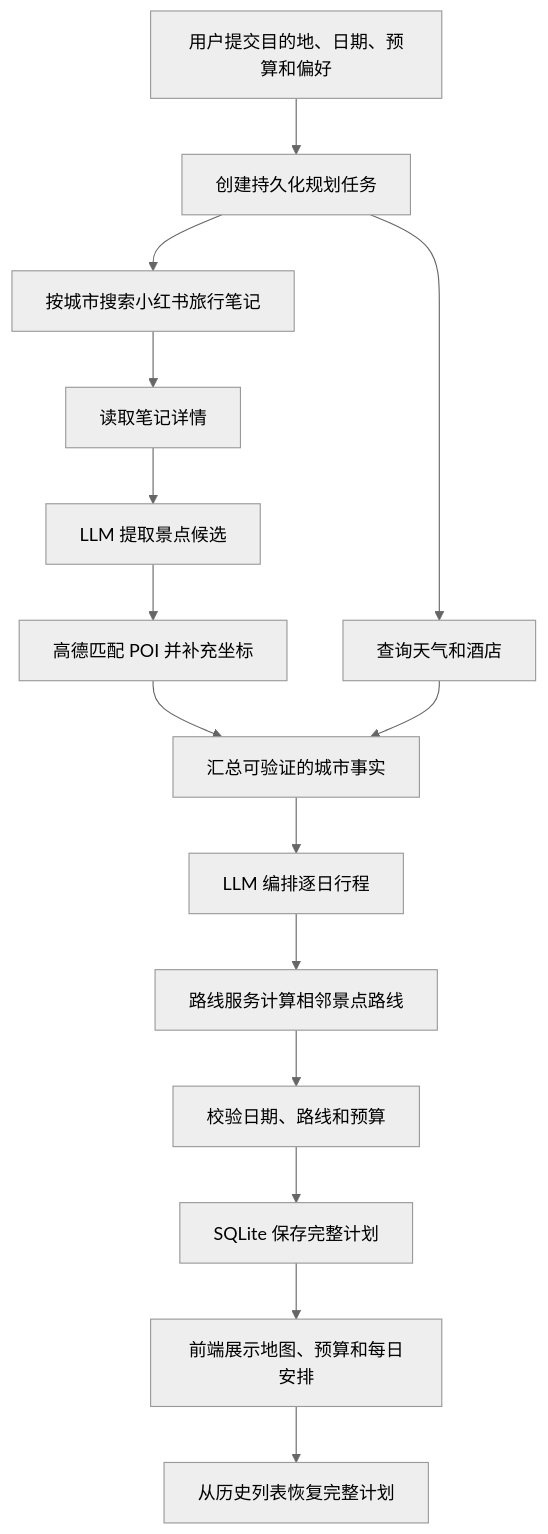
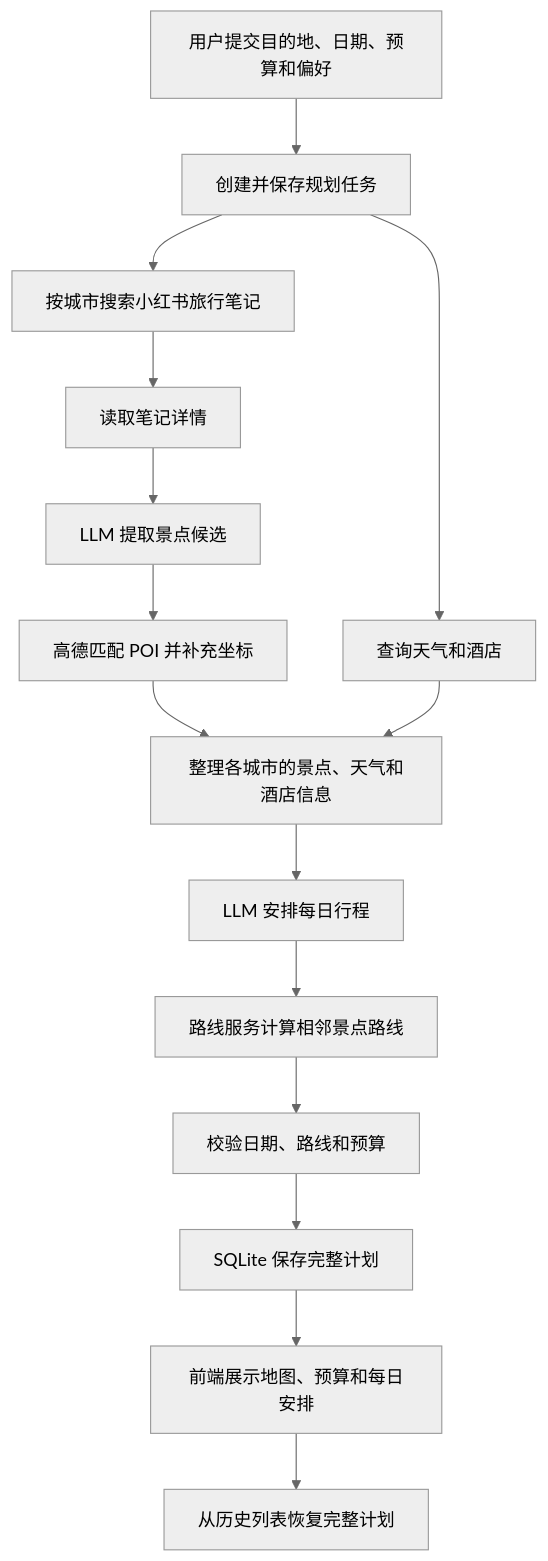
The first of 2 diagrams in README.md (dolt-y/TravelMind-AI), drawn with Mermaid (neutral theme) before and after one commit. The commit also changed other lines of this file and 4 other files, not shown here.

````diff
--- a/README.md
+++ b/README.md
@@ -245,17 +246,17 @@
 ```mermaid
 flowchart TD
-    A["用户提交目的地、日期、预算和偏好"] --> B["创建持久化规划任务"]
+    A["用户提交目的地、日期、预算和偏好"] --> B["创建并保存规划任务"]
     B --> C["按城市搜索小红书旅行笔记"]
     C --> D["读取笔记详情"]
     D --> E["LLM 提取景点候选"]
     E --> F["高德匹配 POI 并补充坐标"]
     B --> G["查询天气和酒店"]
-    F --> H["汇总可验证的城市事实"]
+    F --> H["整理各城市的景点、天气和酒店信息"]
     G --> H
-    H --> I["LLM 编排逐日行程"]
+    H --> I["LLM 安排每日行程"]
     I --> J["路线服务计算相邻景点路线"]
     J --> K["校验日期、路线和预算"]
     K --> L["SQLite 保存完整计划"]
     L --> M["前端展示地图、预算和每日安排"]
     M --> N["从历史列表恢复完整计划"]
 ```
````
